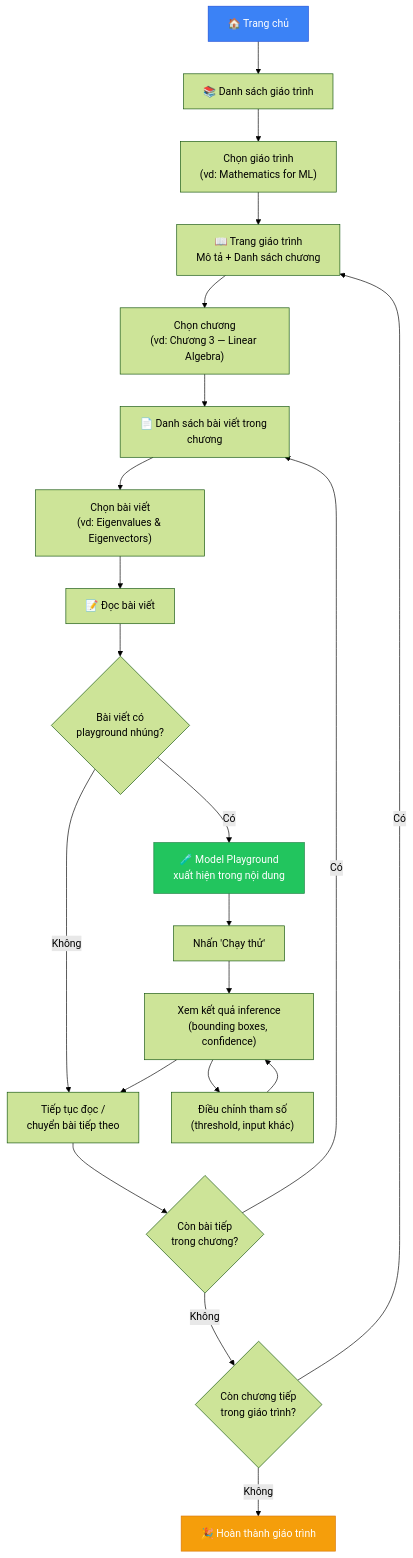
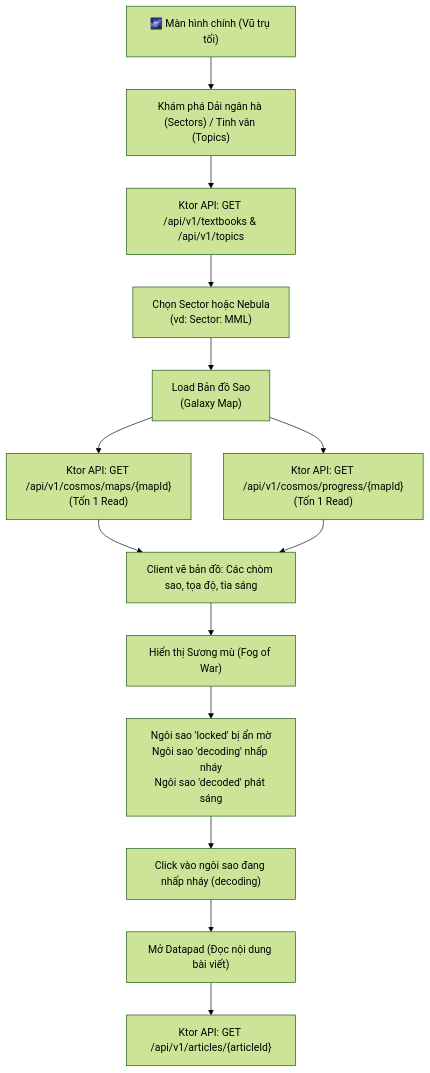
The first of 5 diagrams in docs/analysis/user-flows.md (iAmHieu2012/Sequoia), drawn with Mermaid (forest theme) before and after one commit. The commit also changed other lines of this file and 20 other files, not shown here.

First line of the commit message:
feat: overhaul architecture to Sci-Fi Cosmos theme and implement backend models

````diff
--- a/docs/analysis/user-flows.md
+++ b/docs/analysis/user-flows.md
@@ -11,29 +10,20 @@
 ```mermaid
 flowchart TD
-    A["🏠 Trang chủ"] --> B["📚 Danh sách giáo trình"]
-    B --> C["Chọn giáo trình<br/>(vd: Mathematics for ML)"]
-    C --> D["📖 Trang giáo trình<br/>Mô tả + Danh sách chương"]
-    D --> E["Chọn chương<br/>(vd: Chương 3 — Linear Algebra)"]
-    E --> F["📄 Danh sách bài viết trong chương"]
-    F --> G["Chọn bài viết<br/>(vd: Eigenvalues & Eigenvectors)"]
-    G --> H["📝 Đọc bài viết"]
-    H --> I{"Bài viết có<br/>playground nhúng?"}
+    A["🌌 Màn hình chính (Vũ trụ tối)"] --> B["Khám phá Dải ngân hà (Sectors) / Tinh vân (Topics)"]
+    B --> C["Ktor API: GET /api/v1/textbooks & /api/v1/topics"]
+    C --> D["Chọn Sector hoặc Nebula<br/>(vd: Sector: MML)"]
+    D --> E["Load Bản đồ Sao<br/>(Galaxy Map)"]
     
-    I -->|"Không"| J["Tiếp tục đọc /<br/>chuyển bài tiếp theo"]
-    I -->|"Có"| K["🧪 Model Playground<br/>xuất hiện trong nội dung"]
-    K --> L["Nhấn 'Chạy thử'"]
-    L --> M["Xem kết quả inference<br/>(bounding boxes, confidence)"]
-    M --> N["Điều chỉnh tham số<br/>(threshold, input khác)"]
-    N --> M
-    M --> J
-
-    J --> O{"Còn bài tiếp<br/>trong chương?"}
-    O -->|"Có"| F
-    O -->|"Không"| P{"Còn chương tiếp<br/>trong giáo trình?"}
-    P -->|"Có"| D
-    P -->|"Không"| Q["🎉 Hoàn thành giáo trình"]
-
-    style A fill:#3b82f6,stroke:#1d4ed8,color:#fff
-    style K fill:#22c55e,stroke:#15803d,color:#fff
-    style Q fill:#f59e0b,stroke:#d97706,color:#fff
+    E --> F["Ktor API: GET /api/v1/cosmos/maps/{mapId}<br/>(Tốn 1 Read)"]
+    E --> G["Ktor API: GET /api/v1/cosmos/progress/{mapId}<br/>(Tốn 1 Read)"]
+    
+    F --> H["Client vẽ bản đồ: Các chòm sao, tọa độ, tia sáng"]
+    G --> H
+    
+    H --> I["Hiển thị Sương mù (Fog of War)"]
+    I --> J["Ngôi sao 'locked' bị ẩn mờ<br/>Ngôi sao 'decoding' nhấp nháy<br/>Ngôi sao 'decoded' phát sáng"]
+    
+    J --> K["Click vào ngôi sao đang nhấp nháy (decoding)"]
+    K --> L["Mở Datapad (Đọc nội dung bài viết)"]
+    L --> M["Ktor API: GET /api/v1/articles/{articleId}"]
 ```
````
